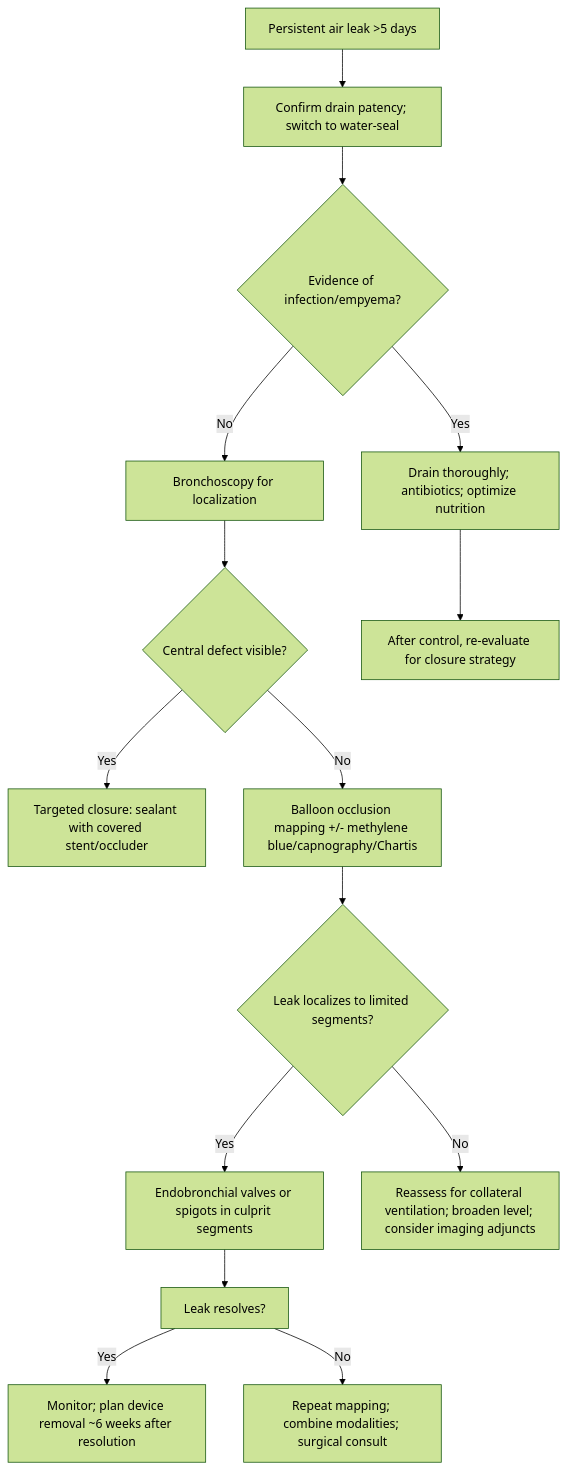
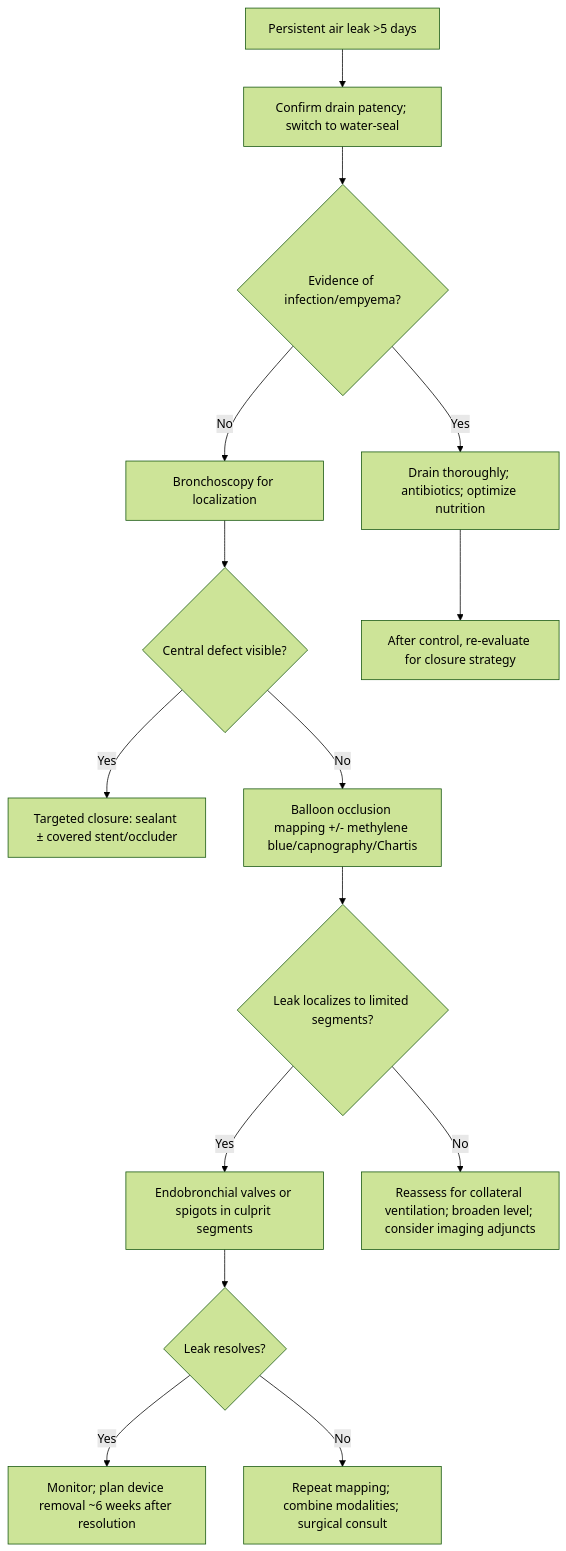
The second of 2 diagrams in content/modules/board/pneumothorax-prolonged-air-leaks-and-bronchopleural-fistula.mdx (russellmiller49/Interventional-Pulm-Education-Project), drawn with Mermaid (forest theme) before and after one commit. The commit also changed other lines of this file and 45 other files, not shown here.

````diff
--- a/content/modules/board/pneumothorax-prolonged-air-leaks-and-bronchopleural-fistula.mdx
+++ b/content/modules/board/pneumothorax-prolonged-air-leaks-and-bronchopleural-fistula.mdx
@@ -235,17 +187,17 @@
 ```mermaid
 flowchart TD
-A[Persistent air leak &gt;5 days] --> B[Confirm drain patency; switch to water-seal]
-B --> C{Evidence of infection/empyema?}
-C -->|Yes| D[Drain thoroughly; antibiotics; optimize nutrition]
-C -->|No| E[Bronchoscopy for localization]
-E --> F{Central defect visible?}
-F -->|Yes| G[Targeted closure: sealant with covered stent/occluder]
-F -->|No| H[Balloon occlusion mapping +/- methylene blue/capnography/Chartis]
-H --> I{Leak localizes to limited segments?}
-I -->|Yes| J[Endobronchial valves or spigots in culprit segments]
-I -->|No| K[Reassess for collateral ventilation; broaden level; consider imaging adjuncts]
-J --> L[Leak resolves?]
-L -->|Yes| M[Monitor; plan device removal ~6 weeks after resolution]
-L -->|No| N[Repeat mapping; combine modalities; surgical consult]
-D --> O[After control, re-evaluate for closure strategy]
+        A["Persistent air leak >5 days"] --> B["Confirm drain patency; switch to water-seal"]
+        B --> C{"Evidence of infection/empyema?"}
+        C -- Yes --> D["Drain thoroughly; antibiotics; optimize nutrition"]
+        C -- No --> E["Bronchoscopy for localization"]
+        E --> F{"Central defect visible?"}
+        F -- Yes --> G["Targeted closure: sealant ± covered stent/occluder"]
+        F -- No --> H["Balloon occlusion mapping +/- methylene blue/capnography/Chartis"]
+        H --> I{"Leak localizes to limited segments?"}
+        I -- Yes --> J["Endobronchial valves or spigots in culprit segments"]
+        I -- No --> K["Reassess for collateral ventilation; broaden level; consider imaging adjuncts"]
+        J --> L{"Leak resolves?"}
+        L -- Yes --> M["Monitor; plan device removal ~6 weeks after resolution"]
+        L -- No --> N["Repeat mapping; combine modalities; surgical consult"]
+        D --> O["After control, re-evaluate for closure strategy"]
 ```
````
